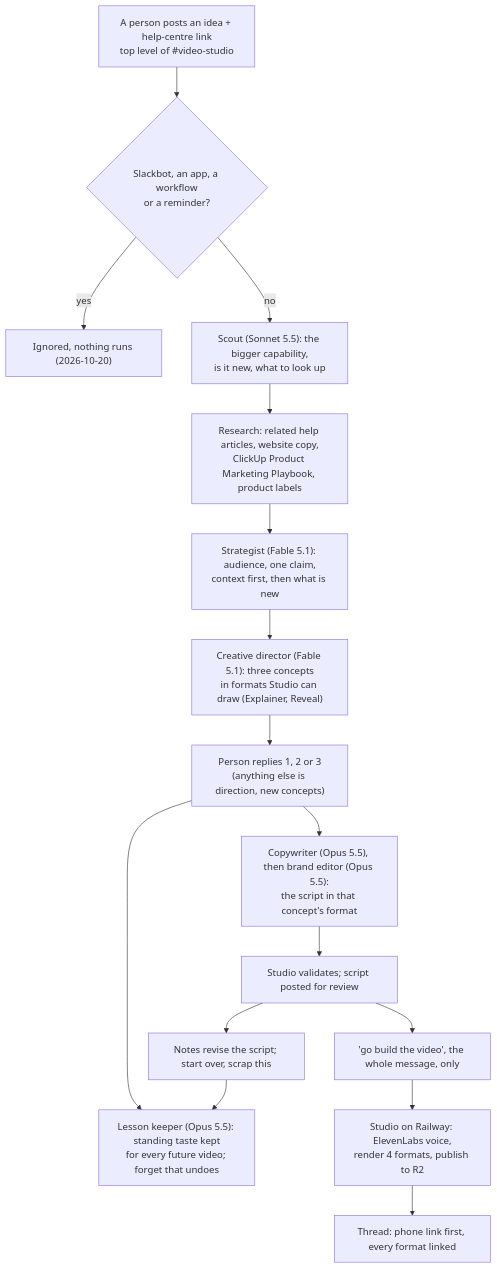
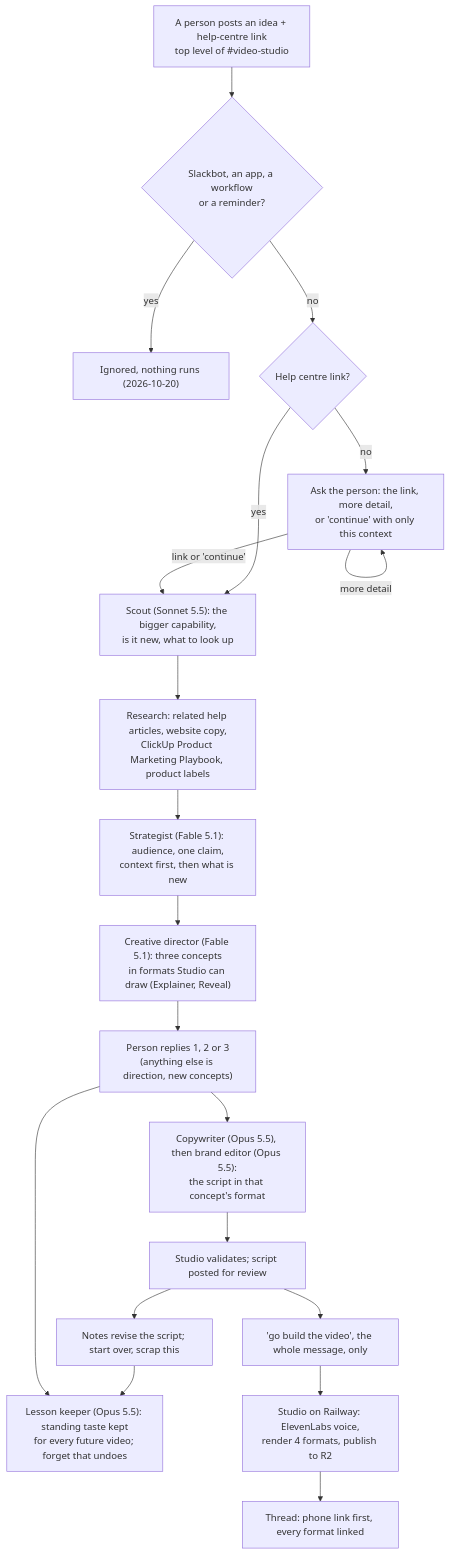
Diagram 11 of 11 in WORKFLOWS.md (vomeadmin/vome-os), drawn with Mermaid before and after one commit. The commit also changed other lines of this file and 6 other files, not shown here.

First line of the commit message:
No link, no spend: ask for the help centre article first

````diff
--- a/WORKFLOWS.md
+++ b/WORKFLOWS.md
@@ -214,17 +214,21 @@
 ```mermaid
 flowchart TD
   P["A person posts an idea + help-centre link<br/>top level of #video-studio"]:::live --> F{"Slackbot, an app, a workflow<br/>or a reminder?"}:::deployed
   F -->|yes| X["Ignored, nothing runs (2026-10-20)"]:::deployed
-  F -->|no| SC["Scout (Sonnet 5.5): the bigger capability,<br/>is it new, what to look up"]:::live
+  F -->|no| LN{"Help centre link?"}:::built
+  LN -->|no| AC["Ask the person: the link, more detail,<br/>or 'continue' with only this context"]:::built
+  AC -->|more detail| AC
+  AC -->|link or 'continue'| SC
+  LN -->|yes| SC["Scout (Sonnet 5.5): the bigger capability,<br/>is it new, what to look up"]:::live
   SC --> RS["Research: related help articles, website copy,<br/>ClickUp Product Marketing Playbook, product labels"]:::live
   RS --> ST["Strategist (Fable 5.1): audience, one claim,<br/>context first, then what is new"]:::live
   ST --> CD["Creative director (Fable 5.1): three concepts<br/>in formats Studio can draw (Explainer, Reveal)"]:::live
   CD --> PK["Person replies 1, 2 or 3<br/>(anything else is direction, new concepts)"]:::live
   PK --> CW["Copywriter (Opus 5.5), then brand editor (Opus 5.5):<br/>the script in that concept's format"]:::deployed
   CW --> VA["Studio validates; script posted for review"]:::deployed
   VA --> NT["Notes revise the script; start over, scrap this"]:::deployed
   PK & NT --> LK["Lesson keeper (Opus 5.5): standing taste kept<br/>for every future video; forget that undoes"]:::deployed
   VA --> GL["'go build the video', the whole message, only"]:::deployed
   GL --> BU["Studio on Railway: ElevenLabs voice,<br/>render 4 formats, publish to R2"]:::live
   BU --> DL["Thread: phone link first, every format linked"]:::deployed
 ```
````
